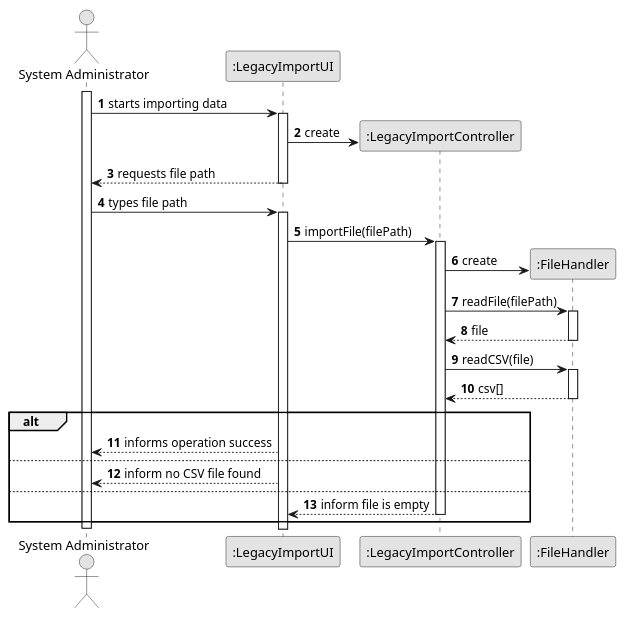
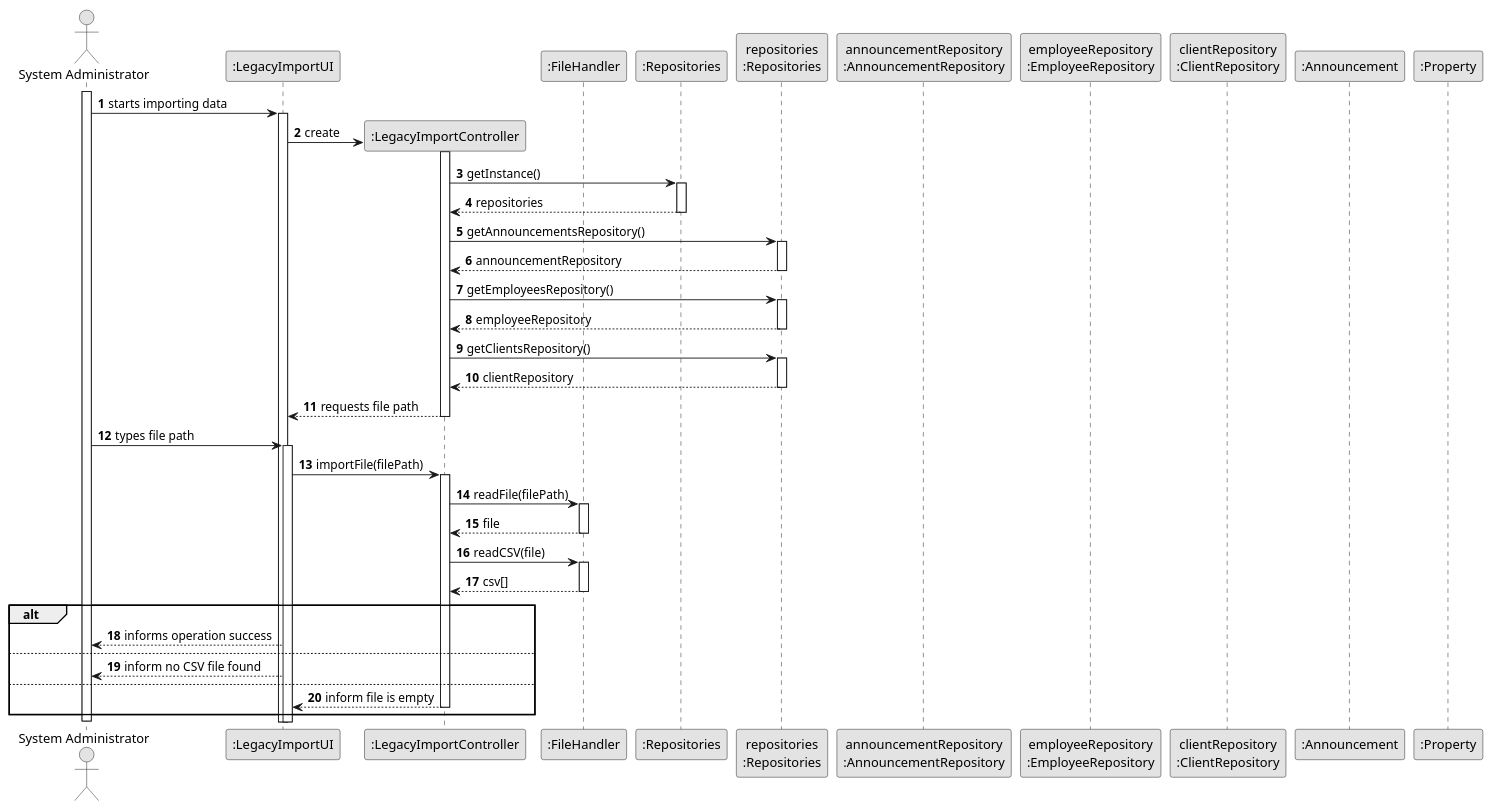
The diagram in docs/sprintC/US012/03.design/puml/us012-sequence-diagram.puml (tiagohcorreia/LAPR2), drawn with PlantUML before and after one commit. The commit also changed 2 other files, not shown here.

```diff
--- a/docs/sprintC/US012/03.design/puml/us012-sequence-diagram.puml
+++ b/docs/sprintC/US012/03.design/puml/us012-sequence-diagram.puml
@@ -1,46 +1,70 @@
 @startuml
 'https://plantuml.com/sequence-diagram
 
 skinparam monochrome true
 skinparam shadowing false
 autonumber
 
 actor "System Administrator" as sa
 participant ":LegacyImportUI" as ui
 participant ":LegacyImportController" as ctrl
 participant ":FileHandler" as fh
+participant ":Repositories" as repos
+participant "repositories\n:Repositories" as repositories
+participant "announcementRepository\n:AnnouncementRepository" as ARepo
+participant "employeeRepository\n:EmployeeRepository" as ERepo
+participant "clientRepository\n:ClientRepository" as CRepo
+participant ":Announcement" as announcement
+participant ":Property" as prop
 
 activate sa
 sa -> ui: starts importing data
 activate ui
 ui -> ctrl**: create
+activate ctrl
+ctrl -> repos: getInstance()
+activate repos
+return repositories
+
+ctrl -> repositories: getAnnouncementsRepository()
+activate repositories
+return announcementRepository
+
+ctrl -> repositories: getEmployeesRepository()
+activate repositories
+return employeeRepository
+
+ctrl -> repositories: getClientsRepository()
+activate repositories
+return clientRepository
+
 
 return requests file path
 
 sa -> ui: types file path
 activate ui
 
 ui -> ctrl: importFile(filePath)
 activate ctrl
-ctrl -> fh**: create
+'ctrl -> fh**: create
 ctrl -> fh: readFile(filePath)
 activate fh
 return file
 
 ctrl -> fh: readCSV(file)
 activate fh
 return csv[]
 
 
 alt
     ui --> sa: informs operation success
 else
     ui --> sa: inform no CSV file found
 else
     return inform file is empty
 
 end
 
 deactivate sa
 
 @enduml
```
